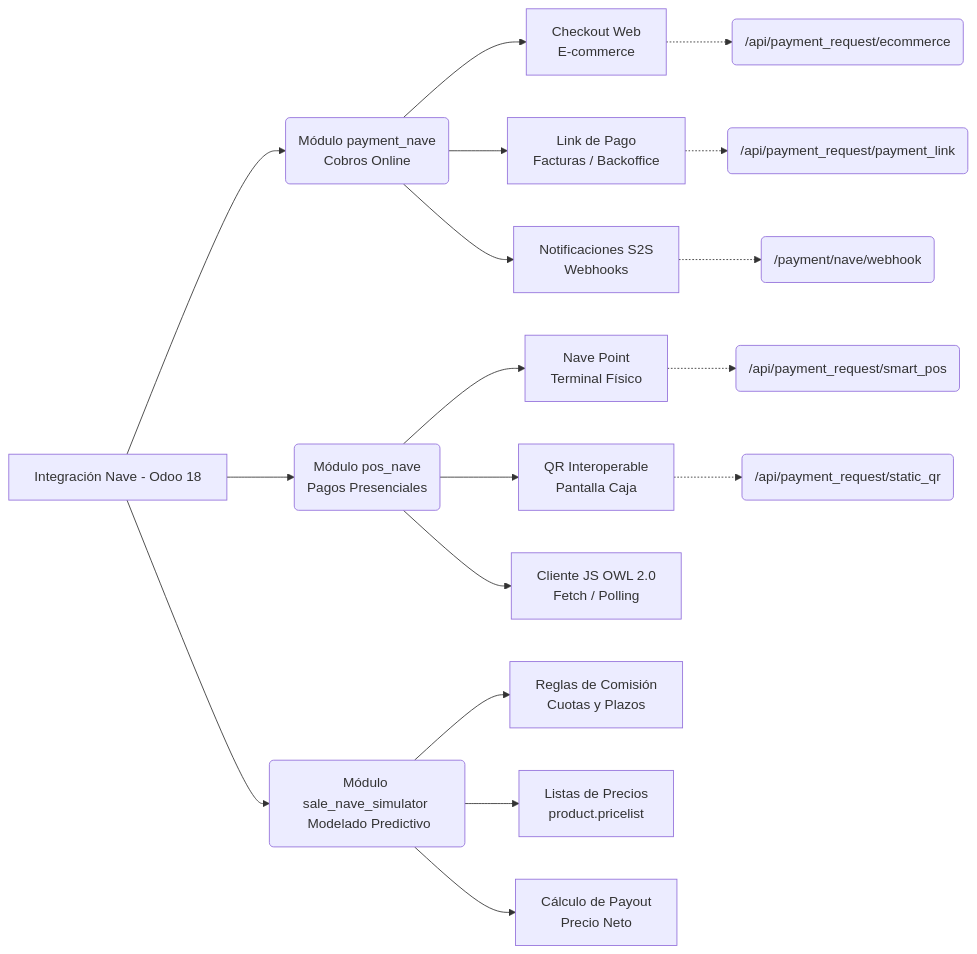
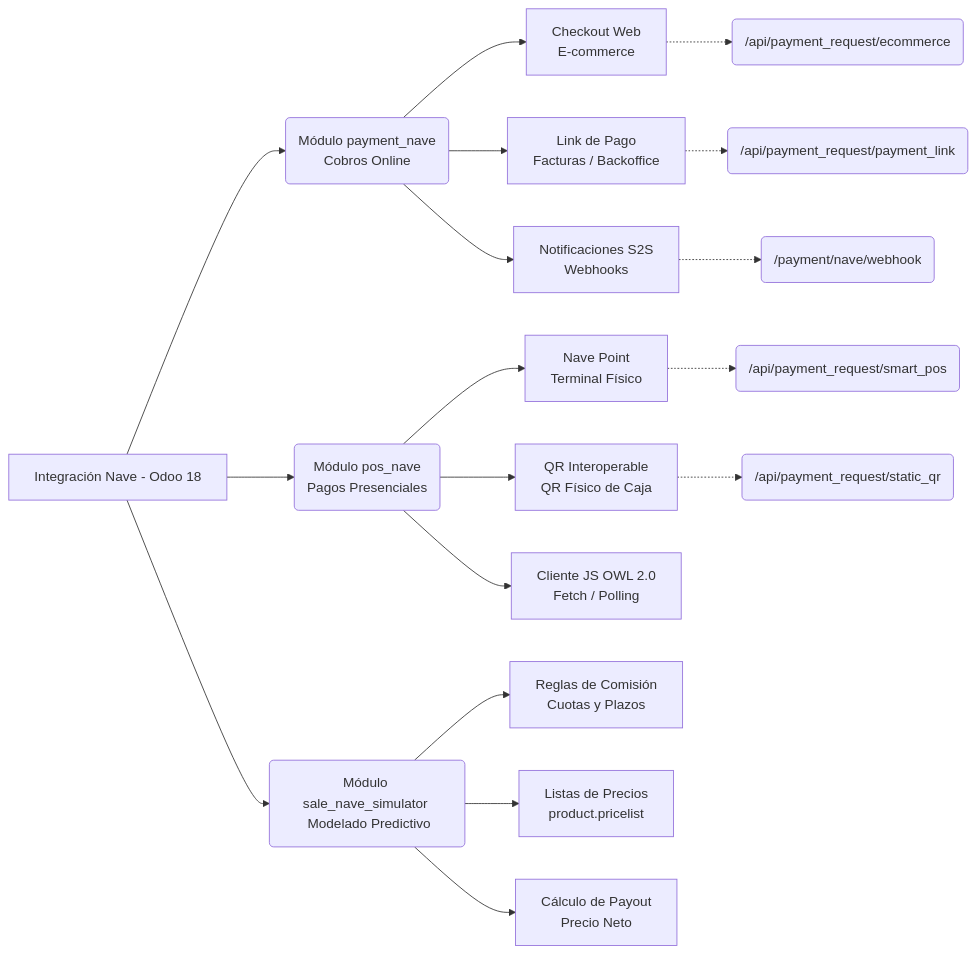
One commit to martinllanos/nave changed the diagram in tasks/nave_payment_implementation_plan.md. Above: the diagram before and after it, drawn with Mermaid. The commit also changed other lines of this file and 7 other files, not shown here.

````diff
--- a/tasks/nave_payment_implementation_plan.md
+++ b/tasks/nave_payment_implementation_plan.md
@@ -17,22 +17,22 @@
 ```mermaid
 graph LR
     A[Integración Nave - Odoo 18] --> B( Módulo payment_nave <br> Cobros Online)
     B --> B1[Checkout Web <br> E-commerce]
     B1 -.-> B1_1( /api/payment_request/ecommerce )
     B --> B2[Link de Pago <br> Facturas / Backoffice]
     B2 -.-> B2_1( /api/payment_request/payment_link )
     B --> B3[Notificaciones S2S <br> Webhooks]
     B3 -.-> B3_1( /payment/nave/webhook )
     
     A --> C( Módulo pos_nave <br> Pagos Presenciales)
     C --> C1[Nave Point <br> Terminal Físico]
     C1 -.-> C1_1( /api/payment_request/smart_pos )
-    C --> C2[QR Interoperable <br> Pantalla Caja]
+    C --> C2[QR Interoperable <br> QR Físico de Caja]
     C2 -.-> C2_1( /api/payment_request/static_qr )
     C --> C3[Cliente JS OWL 2.0 <br> Fetch / Polling]
 
     A --> D( Módulo sale_nave_simulator <br> Modelado Predictivo)
     D --> D1[Reglas de Comisión <br> Cuotas y Plazos]
     D --> D2[Listas de Precios <br> product.pricelist]
     D --> D3[Cálculo de Payout <br> Precio Neto]
 ```
````
